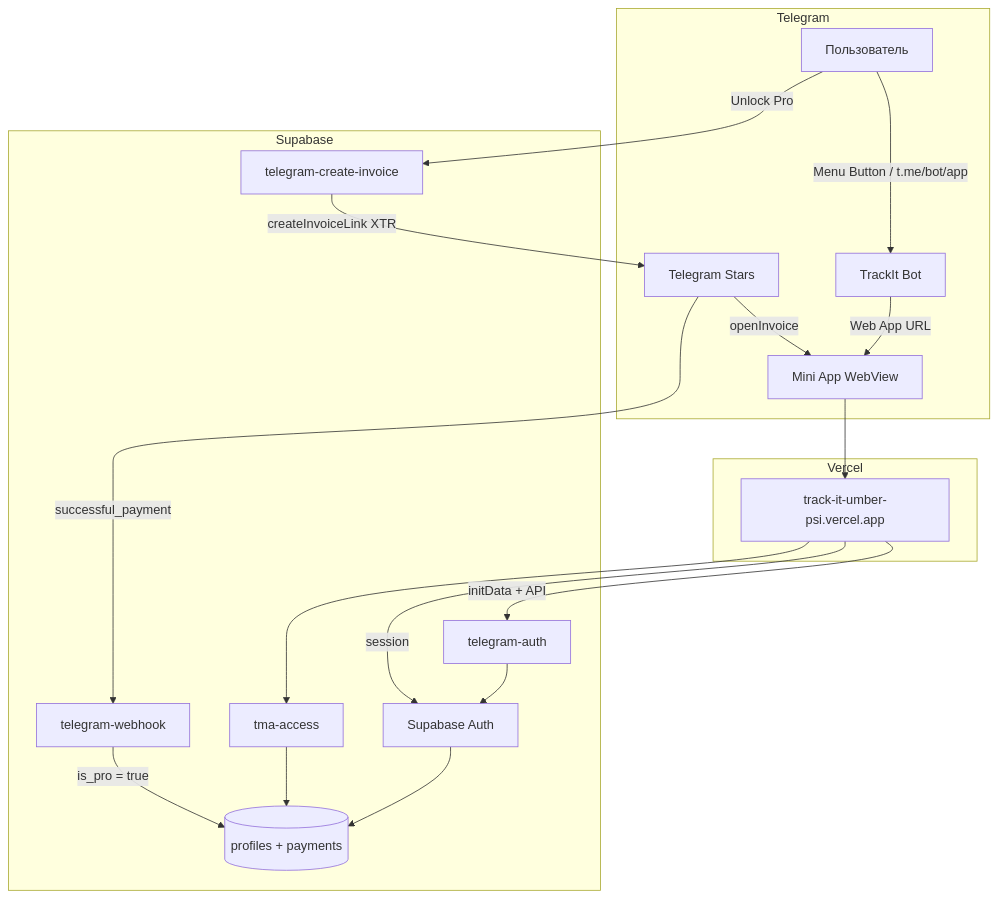
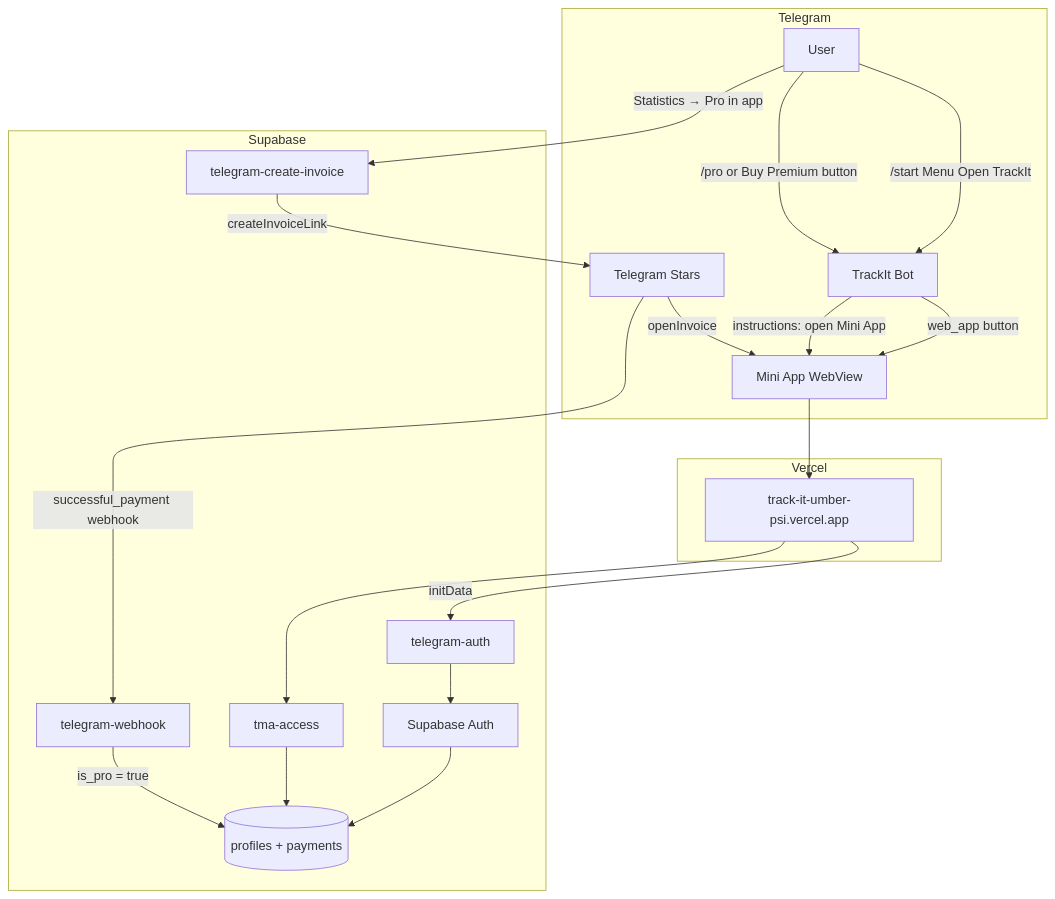
One commit to mxrph1n3/TrackIt changed the diagram in docs/TELEGRAM_BOT.md. Above: the diagram before and after it, drawn with Mermaid. The commit also changed other lines of this file and 47 other files, not shown here.

First line of the commit message:
Align TMA dark canvas with Dashboard and expand Telegram bot.

````diff
--- a/docs/TELEGRAM_BOT.md
+++ b/docs/TELEGRAM_BOT.md
@@ -7,37 +45,38 @@
 ```mermaid
 flowchart TB
   subgraph Telegram
-    User[Пользователь]
+    User[User]
     Bot[TrackIt Bot]
     TMA[Mini App WebView]
     Stars[Telegram Stars]
   end
 
   subgraph Vercel
     Web[track-it-umber-psi.vercel.app]
   end
 
   subgraph Supabase
     Auth[Supabase Auth]
     DB[(profiles + payments)]
     EF_AUTH[telegram-auth]
     EF_ACCESS[tma-access]
     EF_INVOICE[telegram-create-invoice]
     EF_WEBHOOK[telegram-webhook]
   end
 
-  User -->|Menu Button / t.me/bot/app| Bot
-  Bot -->|Web App URL| TMA
+  User -->|/start Menu Open TrackIt| Bot
+  Bot -->|web_app button| TMA
   TMA --> Web
-  Web -->|initData + API| EF_AUTH
+  Web -->|initData| EF_AUTH
   EF_AUTH --> Auth
   Auth --> DB
-  Web -->|session| Auth
-  User -->|Unlock Pro| EF_INVOICE
-  EF_INVOICE -->|createInvoiceLink XTR| Stars
+  User -->|/pro or Buy Premium button| Bot
+  Bot -->|instructions: open Mini App| TMA
+  User -->|Statistics → Pro in app| EF_INVOICE
+  EF_INVOICE -->|createInvoiceLink| Stars
   Stars -->|openInvoice| TMA
-  Stars -->|successful_payment| EF_WEBHOOK
+  Stars -->|successful_payment webhook| EF_WEBHOOK
   EF_WEBHOOK -->|is_pro = true| DB
   Web --> EF_ACCESS
   EF_ACCESS --> DB
 ```
````
